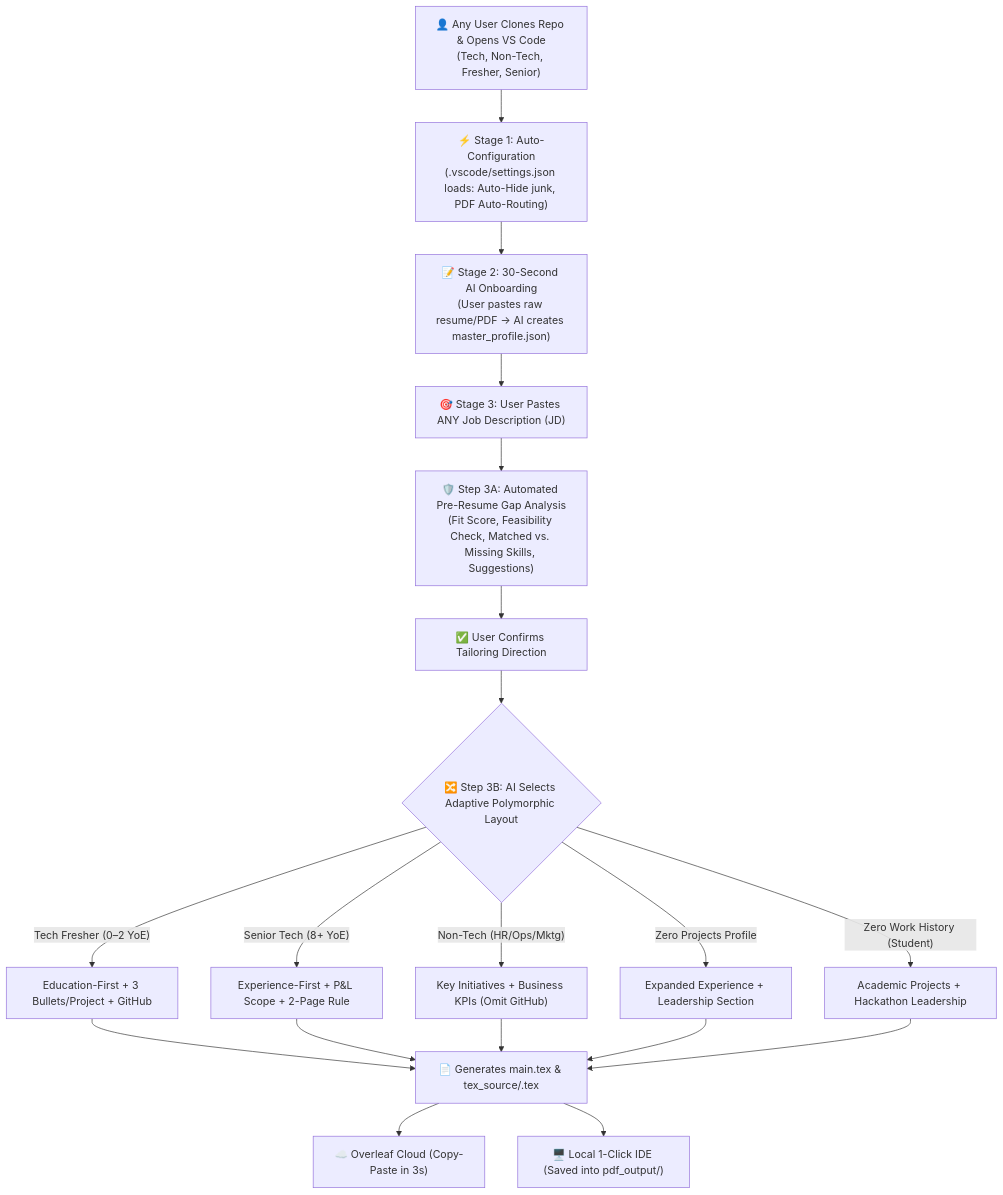
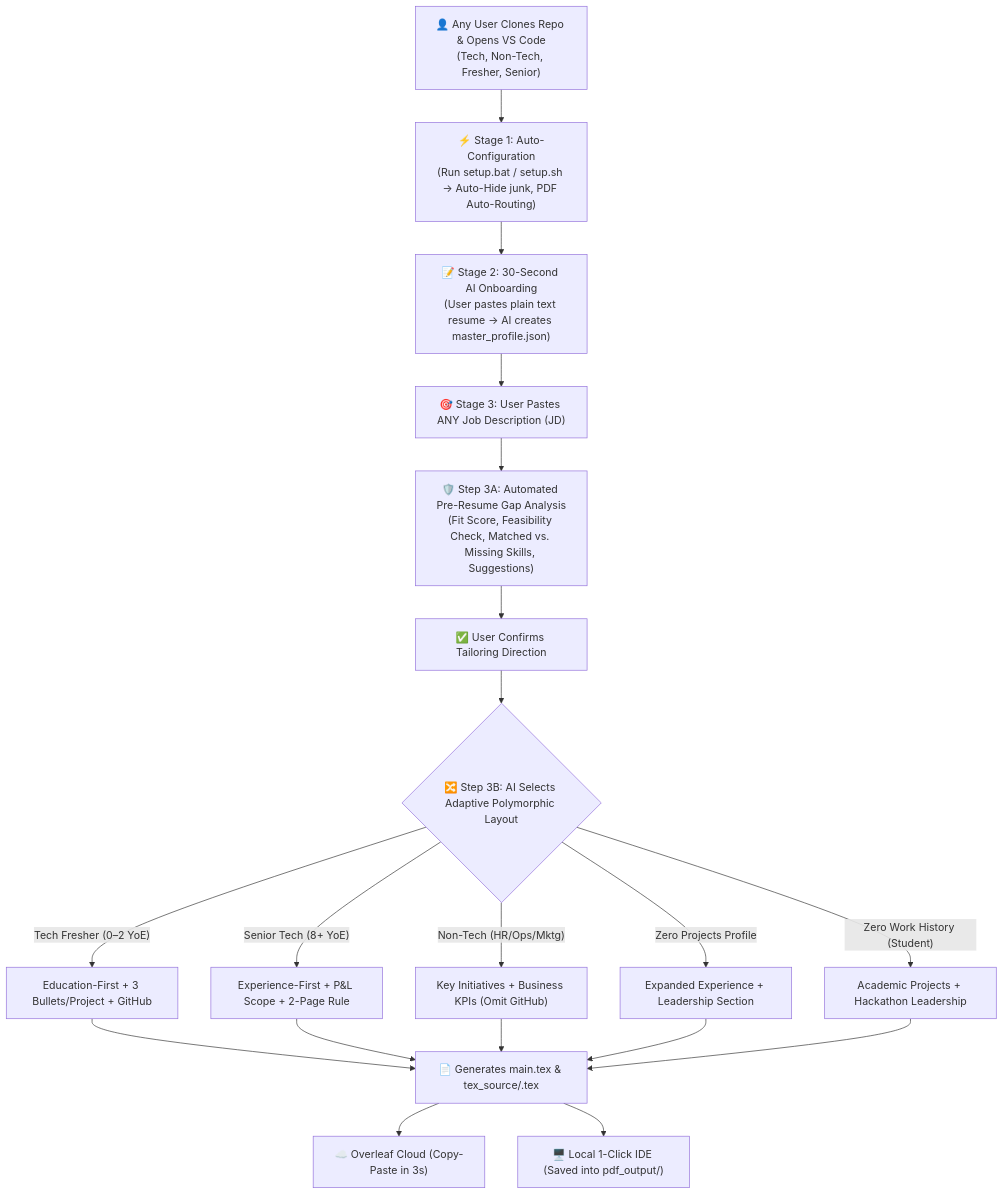
Before and after one commit to Shivaprasadfarale/reframe: the diagram in WORKFLOW_GUIDE.md, drawn with Mermaid. The commit also changed other lines of this file and 1 other file, not shown here.

````diff
--- a/WORKFLOW_GUIDE.md
+++ b/WORKFLOW_GUIDE.md
@@ -9,17 +9,17 @@
 ```mermaid
 flowchart TD
-    A["👤 Any User Clones Repo & Opens VS Code\n(Tech, Non-Tech, Fresher, Senior)"] --> B["⚡ Stage 1: Auto-Configuration\n(.vscode/settings.json loads: Auto-Hide junk, PDF Auto-Routing)"]
-    B --> C["📝 Stage 2: 30-Second AI Onboarding\n(User pastes raw resume/PDF -> AI creates master_profile.json)"]
+    A["👤 Any User Clones Repo & Opens VS Code\n(Tech, Non-Tech, Fresher, Senior)"] --> B["⚡ Stage 1: Auto-Configuration\n(Run setup.bat / setup.sh -> Auto-Hide junk, PDF Auto-Routing)"]
+    B --> C["📝 Stage 2: 30-Second AI Onboarding\n(User pastes plain text resume -> AI creates master_profile.json)"]
     C --> D["🎯 Stage 3: User Pastes ANY Job Description (JD)"]
     D --> E["🛡️ Step 3A: Automated Pre-Resume Gap Analysis\n(Fit Score, Feasibility Check, Matched vs. Missing Skills, Suggestions)"]
     E --> F["✅ User Confirms Tailoring Direction"]
     F --> G{"🔀 Step 3B: AI Selects Adaptive Polymorphic Layout"}
     G -->|"Tech Fresher (0–2 YoE)"| H1["Education-First + 3 Bullets/Project + GitHub"]
     G -->|"Senior Tech (8+ YoE)"| H2["Experience-First + P&L Scope + 2-Page Rule"]
     G -->|"Non-Tech (HR/Ops/Mktg)"| H3["Key Initiatives + Business KPIs (Omit GitHub)"]
     G -->|"Zero Projects Profile"| H4["Expanded Experience + Leadership Section"]
     G -->|"Zero Work History (Student)"| H5["Academic Projects + Hackathon Leadership"]
     H1 & H2 & H3 & H4 & H5 --> I["📄 Generates main.tex & tex_source/<role>.tex"]
     I --> J1["☁️ Overleaf Cloud (Copy-Paste in 3s)"]
     I --> J2["🖥️ Local 1-Click IDE (Saved into pdf_output/)"]
 ```
````
